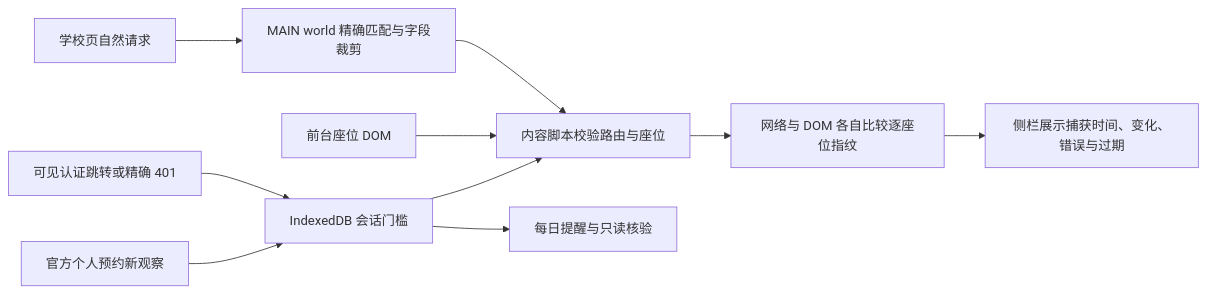
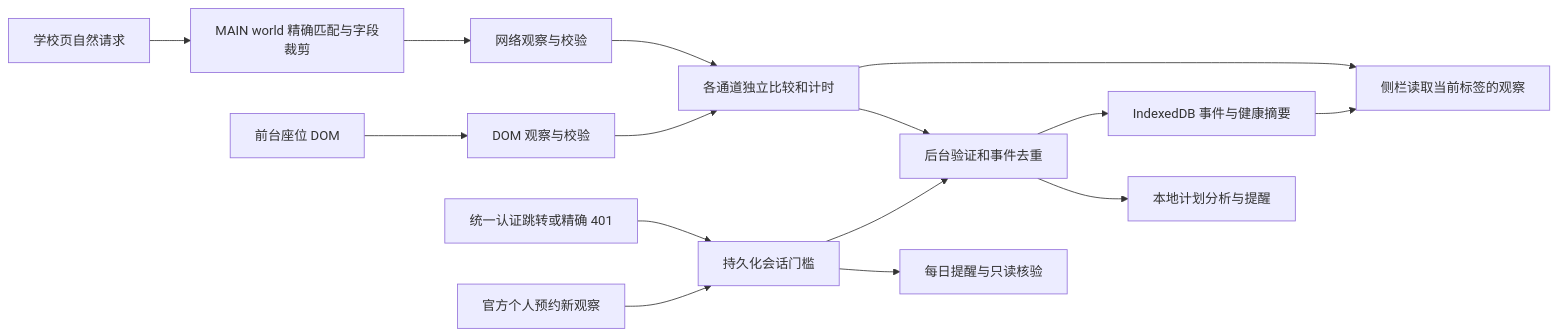
Before and after one commit to zhihan0704/dlmulibraryassistance: the diagram in extension/docs/realtime-monitoring-architecture.md, drawn with Mermaid. The commit also changed other lines of this file and 33 other files, not shown here.

````diff
--- a/extension/docs/realtime-monitoring-architecture.md
+++ b/extension/docs/realtime-monitoring-architecture.md
@@ -3,12 +3,17 @@
 ```mermaid
 flowchart LR
   Page[学校页自然请求] --> Hook[MAIN world 精确匹配与字段裁剪]
-  Hook --> Adapter[内容脚本校验路由与座位]
-  DOM[前台座位 DOM] --> Adapter
-  Adapter --> Fingerprint[网络与 DOM 各自比较逐座位指纹]
-  Fingerprint --> Panel[侧栏展示捕获时间、变化、错误与过期]
-  Auth[可见认证跳转或精确 401] --> Gate[IndexedDB 会话门槛]
+  Hook --> Network[网络观察与校验]
+  DOM[前台座位 DOM] --> View[DOM 观察与校验]
+  Network --> Compare[各通道独立比较和计时]
+  View --> Compare
+  Compare --> Panel[侧栏读取当前标签的观察]
+  Compare --> Worker[后台验证和事件去重]
+  Worker --> DB[IndexedDB 事件与健康摘要]
+  Worker --> Planner[本地计划分析与提醒]
+  DB --> Panel
+  Auth[统一认证跳转或精确 401] --> Gate[持久化会话门槛]
   Personal[官方个人预约新观察] --> Gate
-  Gate --> Adapter
+  Gate --> Worker
   Gate --> Daily[每日提醒与只读核验]
 ```
````
